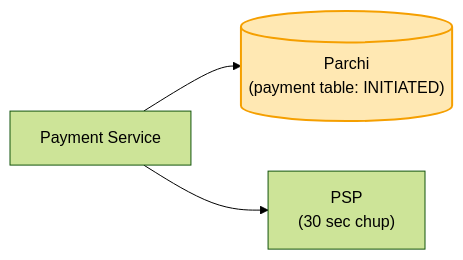
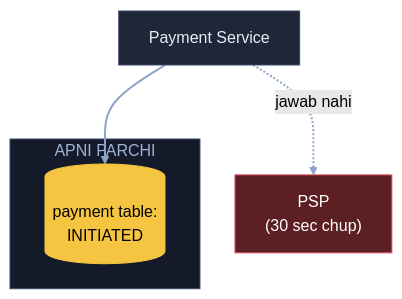
One commit to ArpanMaheshwari144/Prep changed the second of 11 diagrams in 04_HLD/SYSTEM_DESIGNS/06_payment_system/06_payment_system.md. Above: the diagram before and after it, drawn with Mermaid (forest theme). The commit also changed other lines of this file, not shown here.

Commit message:
Payment: 11 diagram YouTube (reel) wale card andaaz me

````diff
--- a/04_HLD/SYSTEM_DESIGNS/06_payment_system/06_payment_system.md
+++ b/04_HLD/SYSTEM_DESIGNS/06_payment_system/06_payment_system.md
@@ -52,6 +63,16 @@
 ```mermaid
-flowchart LR
-    S["Payment Service"] --> D[("Parchi<br/>(payment table: INITIATED)")]
-    S --> P["PSP<br/>(30 sec chup)"]
-    style D fill:#ffe8b3,stroke:#f59f00,stroke-width:2px,color:#000
+flowchart TB
+    S["Payment Service"]:::card
+    subgraph AP["APNI PARCHI"]
+        D[("payment table:<br/>INITIATED")]:::pill
+    end
+    P["PSP<br/>(30 sec chup)"]:::bad
+    S --> D
+    S -. "jawab nahi" .-> P
+    linkStyle default stroke:#8fa3c7,stroke-width:2px
+    classDef card fill:#1e2638,stroke:#3a4a6b,color:#e8ecf5
+    classDef pill fill:#f5c542,stroke:#f5c542,color:#000
+    classDef good fill:#2e7d4f,stroke:#3fbf6f,color:#fff
+    classDef bad fill:#5c1f24,stroke:#e05561,color:#fff
+    style AP fill:#141a29,stroke:#3a4a6b,color:#9fb3d9
 ```
````
